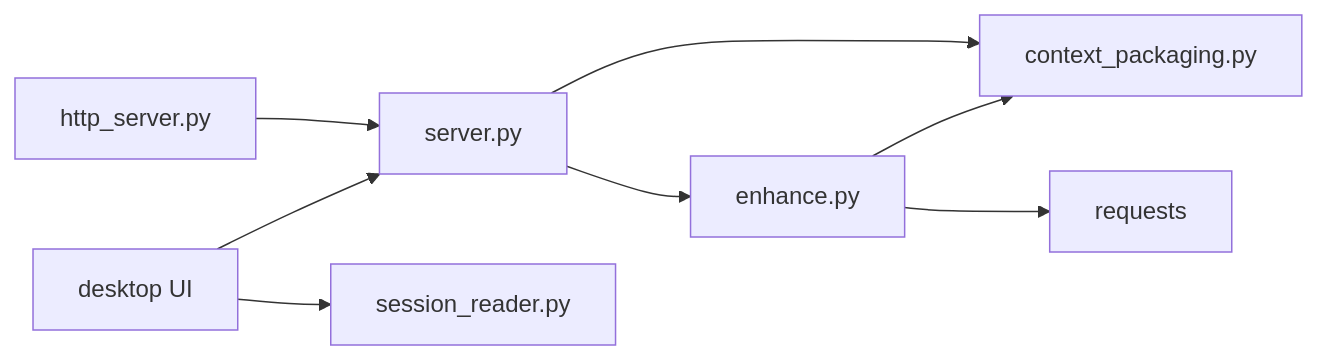
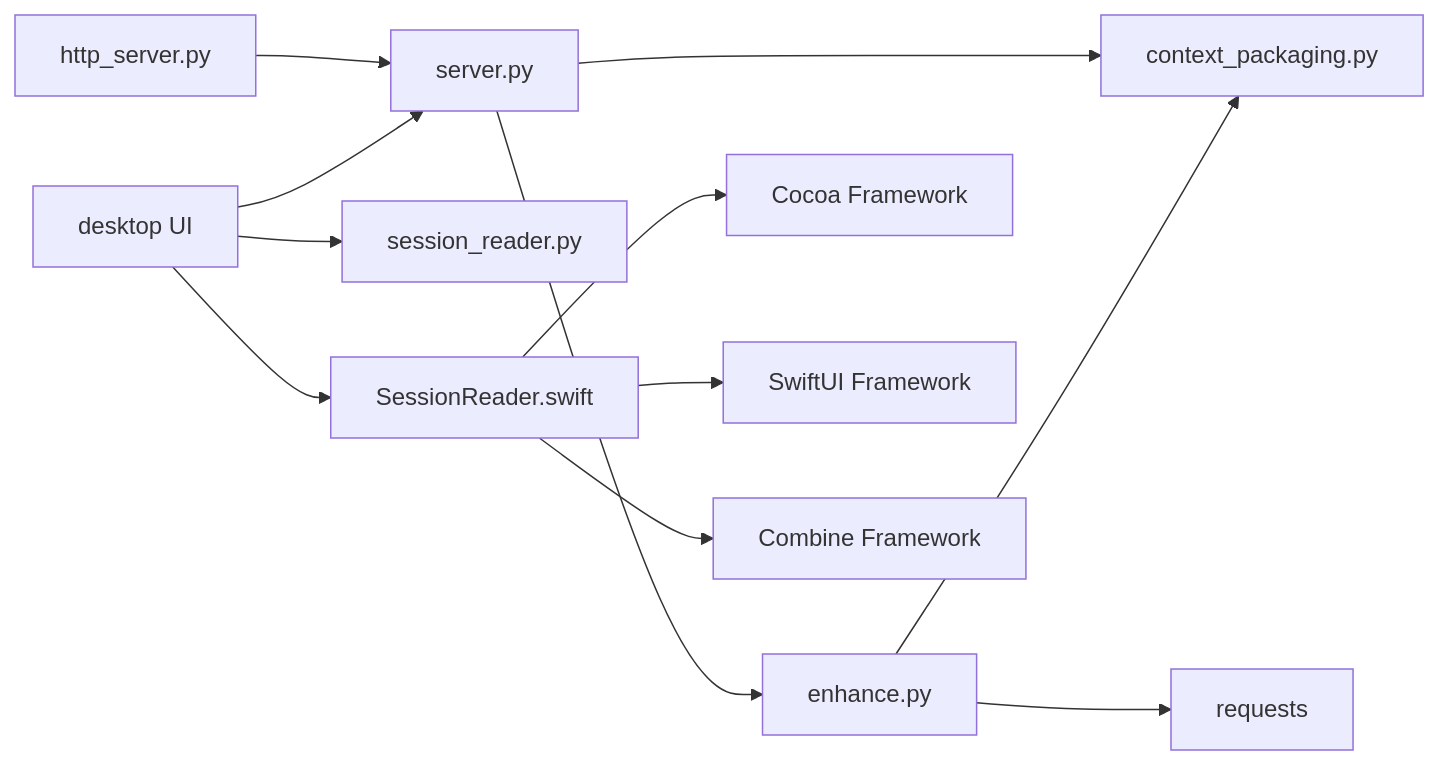
Before and after one commit to WyRainBow/PromptCocoPilot: the third of 3 diagrams in .qoder/repowiki/zh/content/集成指南/Claude Code 集成.md, drawn with Mermaid. The commit also changed other lines of this file and 134 other files, not shown here.

````diff
--- a/.qoder/repowiki/zh/content/集成指南/Claude Code 集成.md
+++ b/.qoder/repowiki/zh/content/集成指南/Claude Code 集成.md
@@ -380,10 +496,14 @@
 ```mermaid
 graph LR
 SV["server.py"] --> EN["enhance.py"]
 SV --> CP["context_packaging.py"]
 EN --> CP
 HS["http_server.py"] --> SV
 UI["desktop UI"] --> SR["session_reader.py"]
+UI --> SRSwift["SessionReader.swift"]
 UI --> SV
 EN --> REQ["requests"]
+SRSwift --> Cocoa["Cocoa Framework"]
+SRSwift --> SwiftUI["SwiftUI Framework"]
+SRSwift --> Combine["Combine Framework"]
 ```
````
